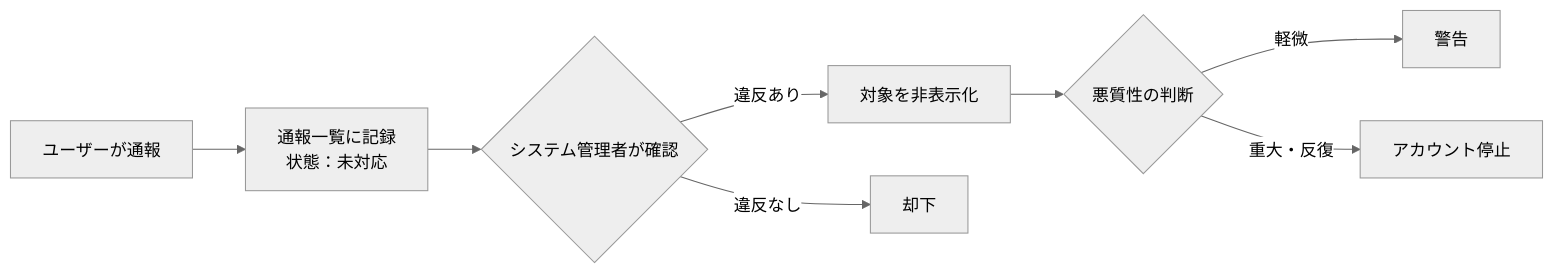
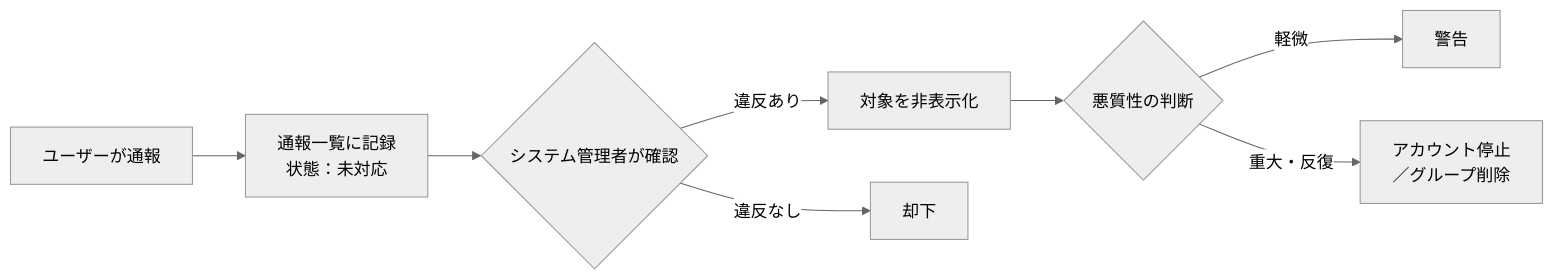
Diagram 11 of 11 in docs/10_source/01_basic_design.md (GitHatake/RoveringNow), drawn with Mermaid (neutral theme) before and after one commit. The commit also changed other lines of this file and 2 other files, not shown here.

````diff
--- a/docs/10_source/01_basic_design.md
+++ b/docs/10_source/01_basic_design.md
@@ -831,10 +1030,10 @@
 ```mermaid
 flowchart LR
     A[ユーザーが通報] --> B[通報一覧に記録<br/>状態：未対応]
     B --> C{システム管理者が確認}
     C -->|違反あり| D[対象を非表示化]
     C -->|違反なし| E[却下]
     D --> F{悪質性の判断}
     F -->|軽微| G[警告]
-    F -->|重大・反復| H[アカウント停止]
+    F -->|重大・反復| H[アカウント停止<br/>／グループ削除]
 ```
````
